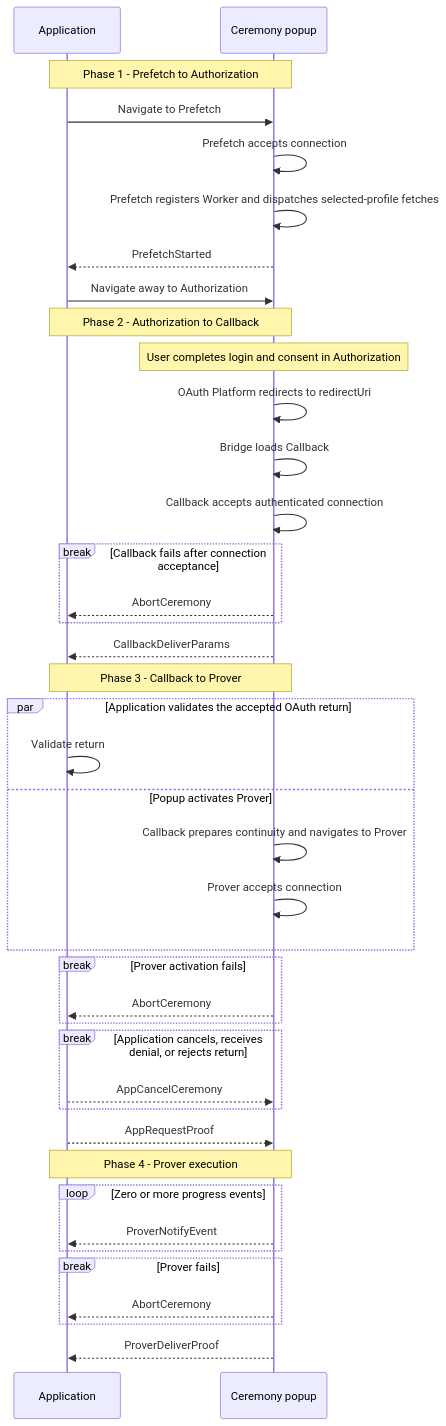
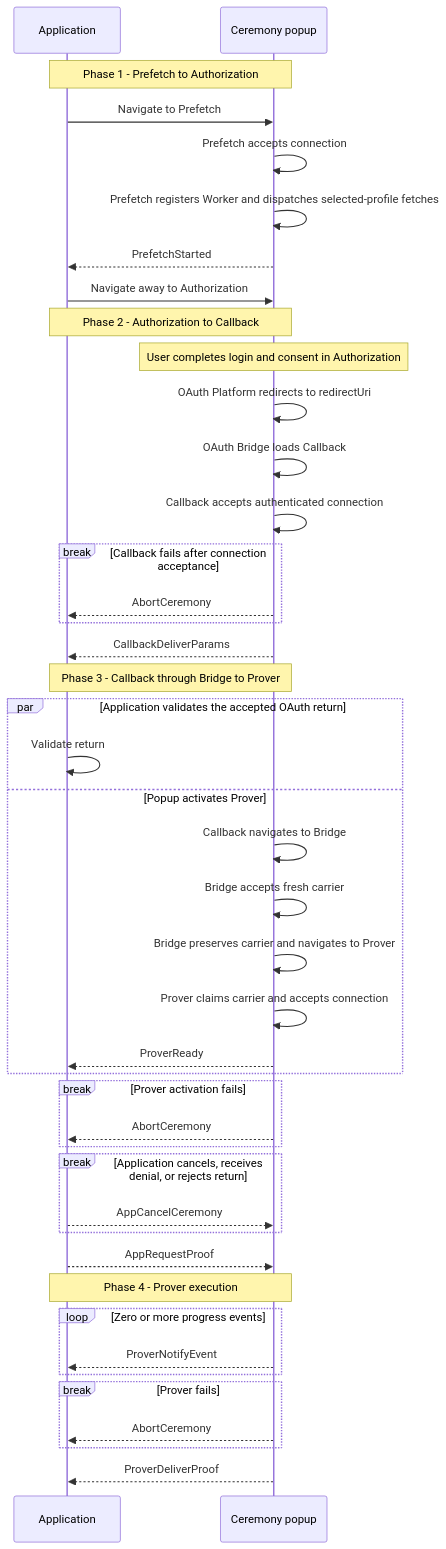
One commit to libid-org/libid changed the diagram in ts/packages/ceremony/CCDP.md. Above: the diagram before and after it, drawn with Mermaid. The commit also changed other lines of this file and 5 other files, not shown here.

Commit message:
docs(ccdp): define prover bridge transition

````diff
--- a/ts/packages/ceremony/CCDP.md
+++ b/ts/packages/ceremony/CCDP.md
@@ -439,46 +478,49 @@
 ```mermaid
 sequenceDiagram
     participant A as Application
     participant P as Ceremony popup
 
     Note over A,P: Phase 1 - Prefetch to Authorization
     A->>P: Navigate to Prefetch
     P->>P: Prefetch accepts connection
     P->>P: Prefetch registers Worker and dispatches selected-profile fetches
     P-->>A: PrefetchStarted
     A->>P: Navigate away to Authorization
 
     Note over A,P: Phase 2 - Authorization to Callback
     Note over P: User completes login and consent in Authorization
     P->>P: OAuth Platform redirects to redirectUri
-    P->>P: Bridge loads Callback
+    P->>P: OAuth Bridge loads Callback
     P->>P: Callback accepts authenticated connection
     break Callback fails after connection acceptance
         P-->>A: AbortCeremony
     end
     P-->>A: CallbackDeliverParams
 
-    Note over A,P: Phase 3 - Callback to Prover
+    Note over A,P: Phase 3 - Callback through Bridge to Prover
     par Application validates the accepted OAuth return
         A->>A: Validate return
     and Popup activates Prover
-        P->>P: Callback prepares continuity and navigates to Prover
-        P->>P: Prover accepts connection
+        P->>P: Callback navigates to Bridge
+        P->>P: Bridge accepts fresh carrier
+        P->>P: Bridge preserves carrier and navigates to Prover
+        P->>P: Prover claims carrier and accepts connection
+        P-->>A: ProverReady
     end
     break Prover activation fails
         P-->>A: AbortCeremony
     end
     break Application cancels, receives denial, or rejects return
         A-->>P: AppCancelCeremony
     end
     A-->>P: AppRequestProof
 
     Note over A,P: Phase 4 - Prover execution
     loop Zero or more progress events
         P-->>A: ProverNotifyEvent
     end
     break Prover fails
         P-->>A: AbortCeremony
     end
     P-->>A: ProverDeliverProof
 ```
````
